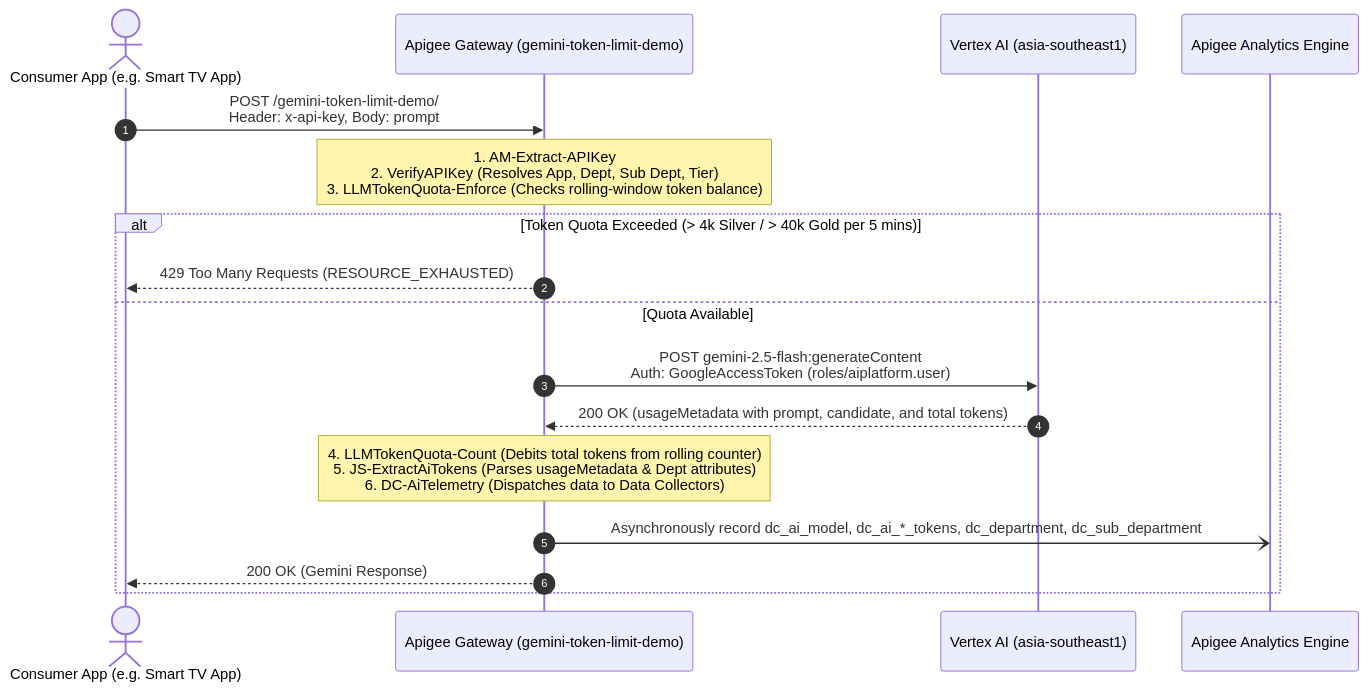
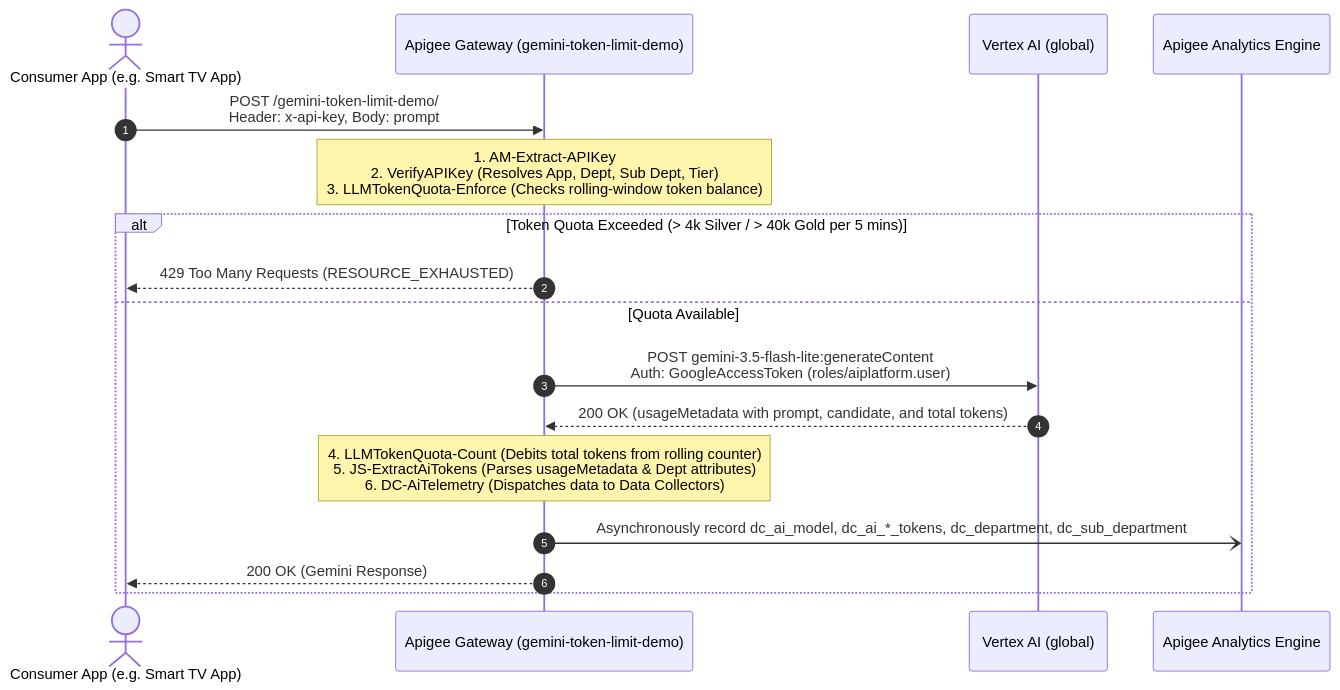
Before and after one commit to welylau/apigee-token-quota-demo: the diagram in README.md, drawn with Mermaid. The commit also changed other lines of this file and 22 other files, not shown here.

First line of the commit message:
feat: Gemini 3.5 Flash Lite, scenario settings, guided tour and UI refresh

````diff
--- a/README.md
+++ b/README.md
@@ -19,20 +19,20 @@
 ```mermaid
 sequenceDiagram
     autonumber
     actor Client as Consumer App (e.g. Smart TV App)
     participant GW as Apigee Gateway (gemini-token-limit-demo)
-    participant VertexAI as Vertex AI (asia-southeast1)
+    participant VertexAI as Vertex AI (global)
     participant Analytics as Apigee Analytics Engine
 
     Client->>GW: POST /gemini-token-limit-demo/<br/>Header: x-api-key, Body: prompt
     Note over GW: 1. AM-Extract-APIKey<br/>2. VerifyAPIKey (Resolves App, Dept, Sub Dept, Tier)<br/>3. LLMTokenQuota-Enforce (Checks rolling-window token balance)
     alt Token Quota Exceeded (> 4k Silver / > 40k Gold per 5 mins)
         GW-->>Client: 429 Too Many Requests (RESOURCE_EXHAUSTED)
     else Quota Available
-        GW->>VertexAI: POST gemini-2.5-flash:generateContent<br/>Auth: GoogleAccessToken (roles/aiplatform.user)
+        GW->>VertexAI: POST gemini-3.5-flash-lite:generateContent<br/>Auth: GoogleAccessToken (roles/aiplatform.user)
         VertexAI-->>GW: 200 OK (usageMetadata with prompt, candidate, and total tokens)
         Note over GW: 4. LLMTokenQuota-Count (Debits total tokens from rolling counter)<br/>5. JS-ExtractAiTokens (Parses usageMetadata & Dept attributes)<br/>6. DC-AiTelemetry (Dispatches data to Data Collectors)
         GW-)Analytics: Asynchronously record dc_ai_model, dc_ai_*_tokens, dc_department, dc_sub_department
         GW-->>Client: 200 OK (Gemini Response)
     end
 ```
````
